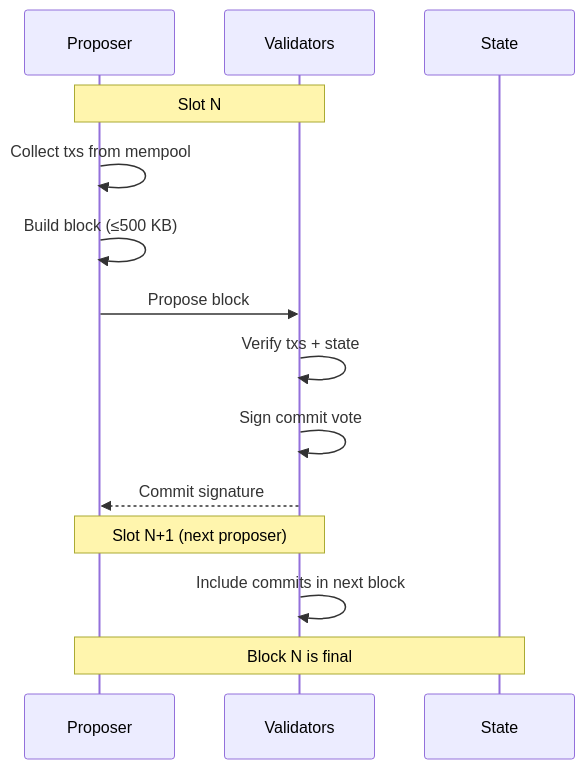
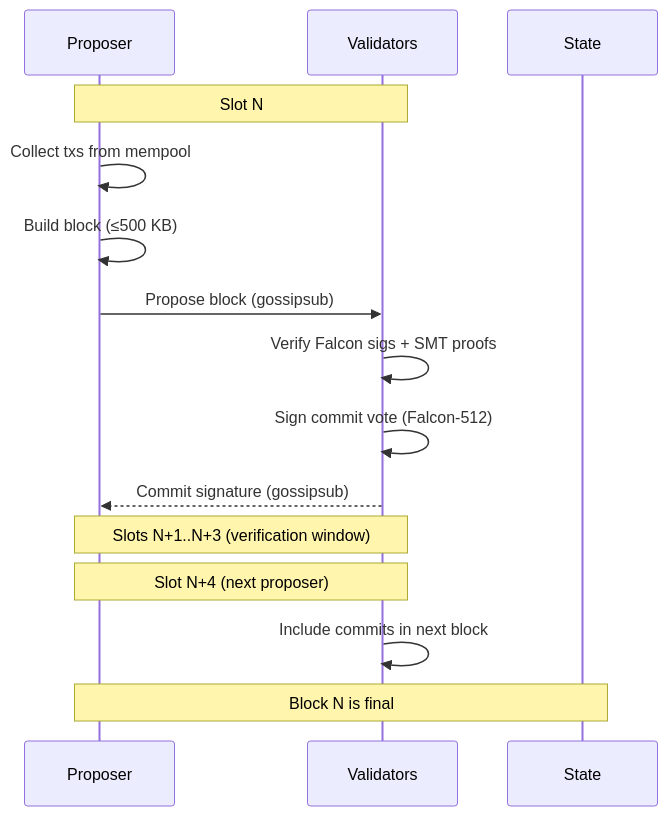
One commit to Monbuticloud/mononium changed the diagram in docs/plans/V0.2.0/Consensus.md. Above: the diagram before and after it, drawn with Mermaid. The commit also changed other lines of this file and 11 other files, not shown here.

````diff
--- a/docs/plans/V0.2.0/Consensus.md
+++ b/docs/plans/V0.2.0/Consensus.md
@@ -73,18 +75,19 @@
 ```mermaid
 sequenceDiagram
     participant Proposer
     participant Validators
     participant State
 
     Note over Proposer,Validators: Slot N
     Proposer->>Proposer: Collect txs from mempool
     Proposer->>Proposer: Build block (≤500 KB)
-    Proposer->>Validators: Propose block
-    Validators->>Validators: Verify txs + state
-    Validators->>Validators: Sign commit vote
-    Validators-->>Proposer: Commit signature
+    Proposer->>Validators: Propose block (gossipsub)
+    Validators->>Validators: Verify Falcon sigs + SMT proofs
+    Validators->>Validators: Sign commit vote (Falcon-512)
+    Validators-->>Proposer: Commit signature (gossipsub)
 
-    Note over Proposer,Validators: Slot N+1 (next proposer)
+    Note over Proposer,Validators: Slots N+1..N+3 (verification window)
+    Note over Proposer,Validators: Slot N+4 (next proposer)
     Validators->>Validators: Include commits in next block
     Note over Proposer,State: Block N is final
 ```
````
